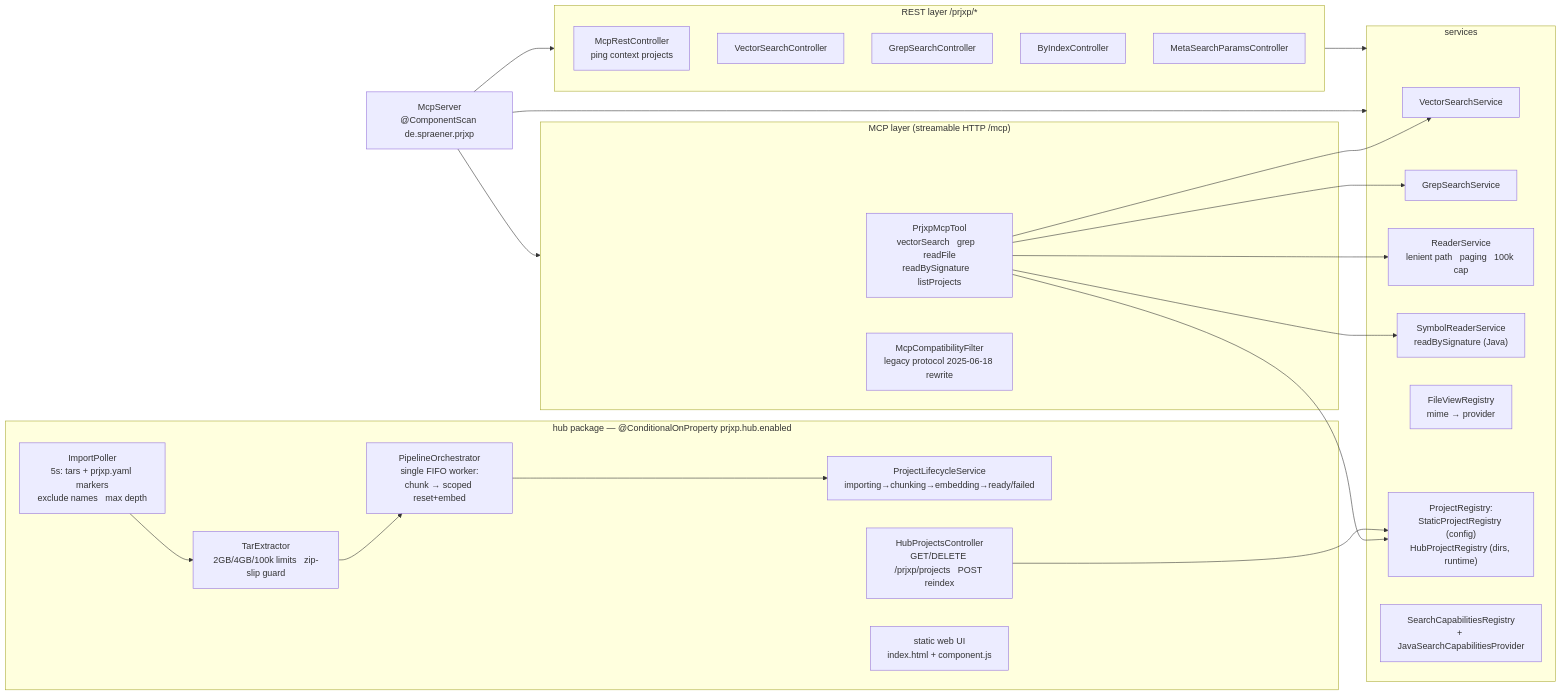
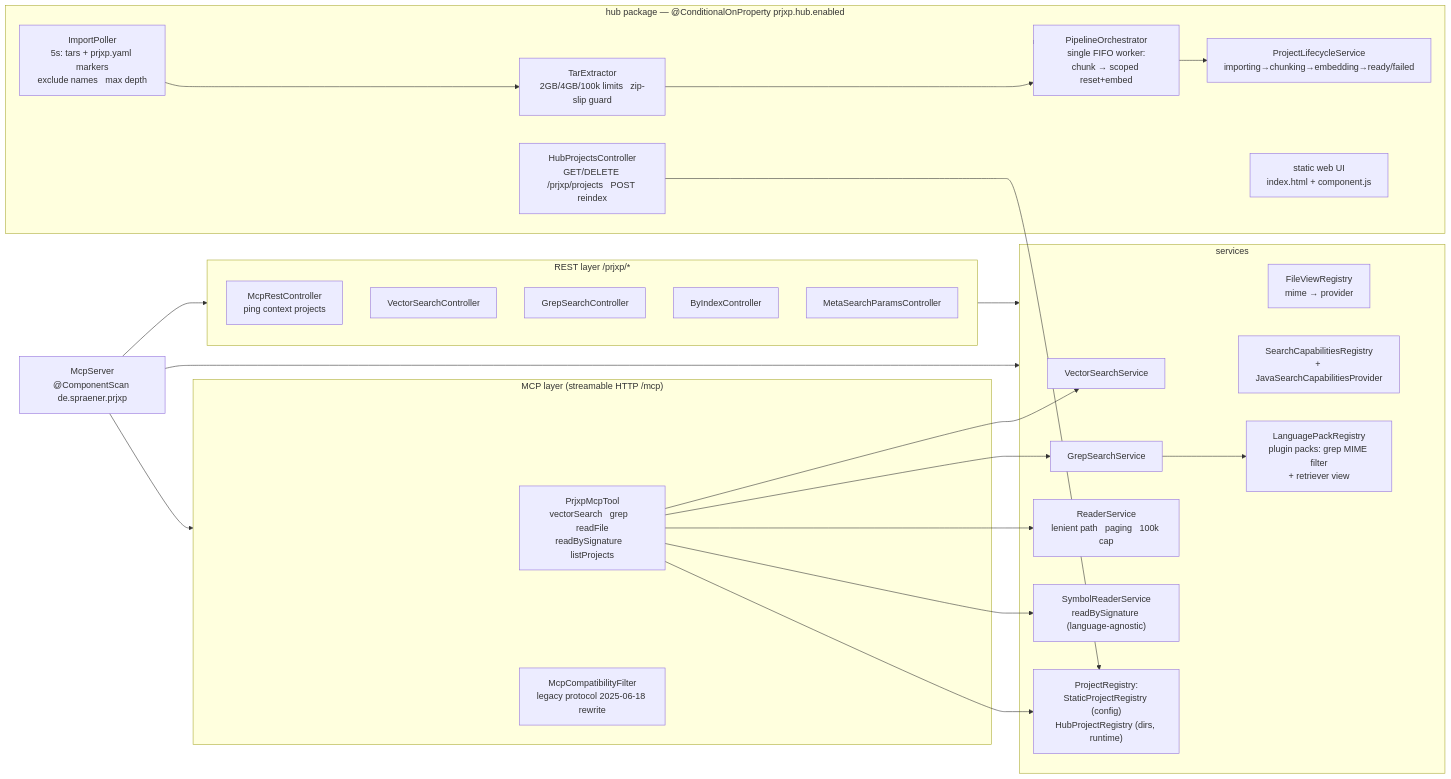
One commit to carstenSpraener/prjxp changed the seventh of 8 diagrams in doc/arc42/05_building_block_view.md. Above: the diagram before and after it, drawn with Mermaid. The commit also changed other lines of this file and 16 other files, not shown here.

First line of the commit message:
docs: align READMEs and arc42 with the LanguagePack architecture

````diff
--- a/doc/arc42/05_building_block_view.md
+++ b/doc/arc42/05_building_block_view.md
@@ -242,40 +262,42 @@
 ```mermaid
 flowchart LR
     MAIN["McpServer<br/>@ComponentScan de.spraener.prjxp"]
     subgraph mcp ["MCP layer (streamable HTTP /mcp)"]
         TOOL["PrjxpMcpTool<br/>vectorSearch   grep   readFile<br/>readBySignature   listProjects"]
         COMPAT["McpCompatibilityFilter<br/>legacy protocol 2025-06-18 rewrite"]
     end
     subgraph rest ["REST layer /prjxp/*"]
         RC["McpRestController<br/>ping   context   projects"]
         VSC["VectorSearchController"]
         GC["GrepSearchController"]
         BC["ByIndexController"]
         MSC["MetaSearchParamsController"]
     end
     subgraph core ["services"]
         VSS["VectorSearchService"]
         GSS["GrepSearchService"]
         RS["ReaderService<br/>lenient path   paging   100k cap"]
-        SRS["SymbolReaderService<br/>readBySignature (Java)"]
+        SRS["SymbolReaderService<br/>readBySignature (language-agnostic)"]
         FVR["FileViewRegistry<br/>mime → provider"]
         REG["ProjectRegistry:<br/>StaticProjectRegistry (config)<br/>HubProjectRegistry (dirs, runtime)"]
         SCR2["SearchCapabilitiesRegistry<br/>+ JavaSearchCapabilitiesProvider"]
+        LPR2["LanguagePackRegistry<br/>plugin packs: grep MIME filter<br/>+ retriever view"]
     end
     subgraph hub ["hub package — @ConditionalOnProperty prjxp.hub.enabled"]
         POLL["ImportPoller<br/>5s: tars + prjxp.yaml markers<br/>exclude names   max depth"]
         TAR["TarExtractor<br/>2GB/4GB/100k limits   zip-slip guard"]
         ORCH["PipelineOrchestrator<br/>single FIFO worker:<br/>chunk → scoped reset+embed"]
         LIFE["ProjectLifecycleService<br/>importing→chunking→embedding→ready/failed"]
         HPC["HubProjectsController<br/>GET/DELETE /prjxp/projects   POST reindex"]
         UI["static web UI<br/>index.html + component.js"]
     end
 
     MAIN --> mcp & rest & core
     TOOL --> VSS & GSS & RS & SRS & REG
+    GSS --> LPR2
     rest --> core
     hub --> ORCH
     POLL --> TAR --> ORCH
     ORCH --> LIFE
     HPC --> REG
 ```
````
